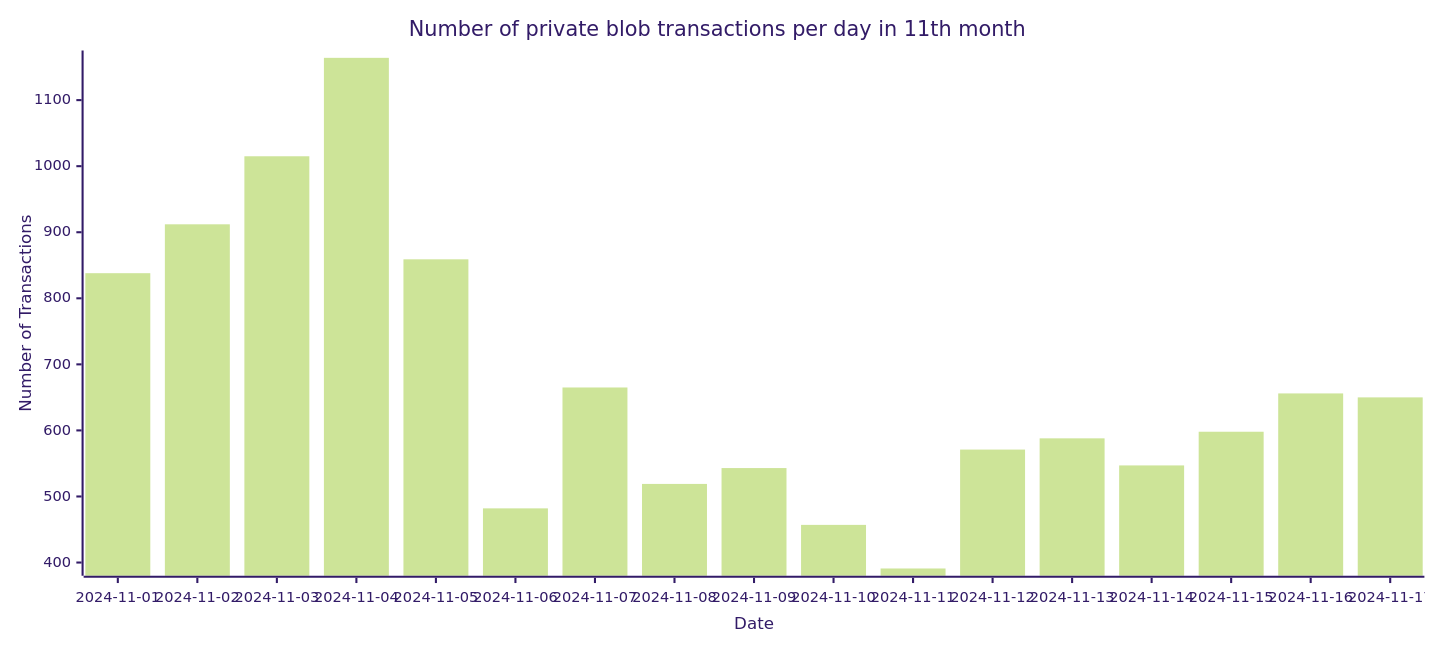
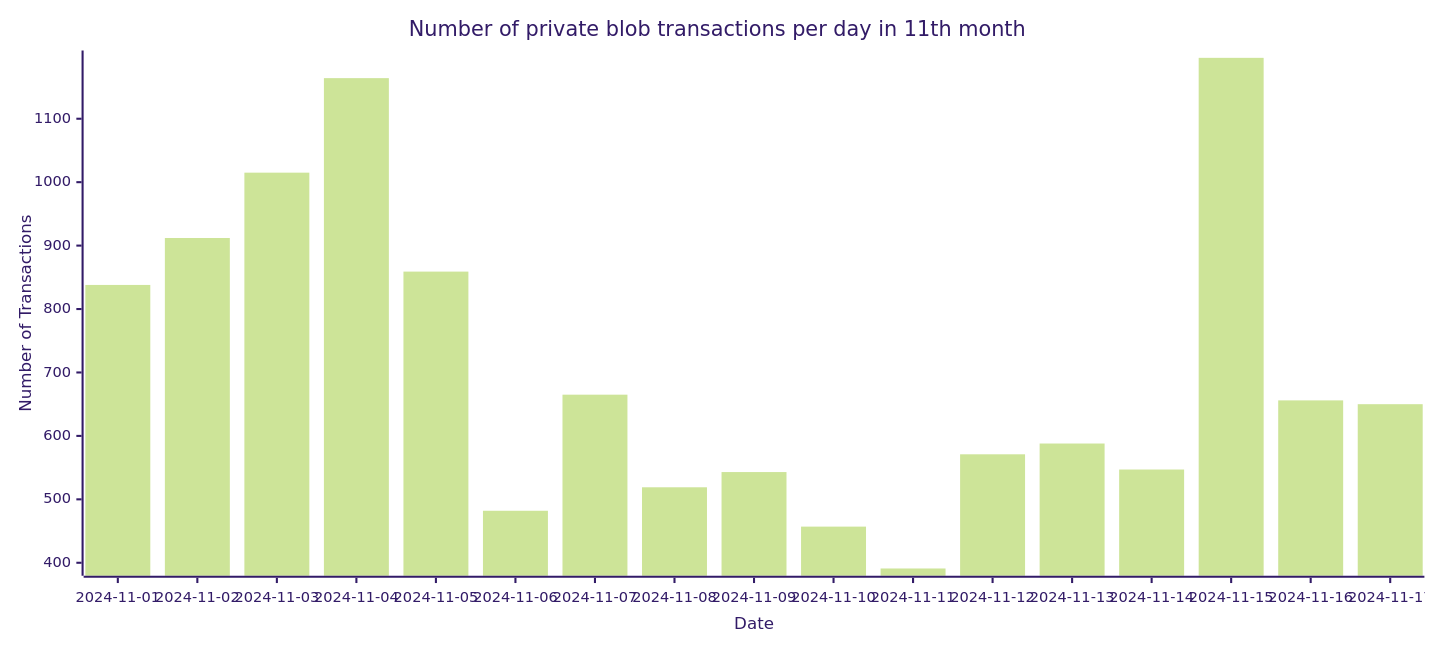
The ninth of 9 diagrams in README.md (Amit0617/eip4844-data), drawn with Mermaid (forest theme) before and after one commit. The commit also changed 1 other file, not shown here.

````diff
--- a/README.md
+++ b/README.md
@@ -105,12 +105,12 @@
 ```mermaid
 ---
 config:
     xyChart:
         width: 1360
         height: 600
 ---
 xychart-beta title "Number of private blob transactions per day in 11th month"
 x-axis "Date" [2024-11-01,2024-11-02,2024-11-03,2024-11-04,2024-11-05,2024-11-06,2024-11-07,2024-11-08,2024-11-09,2024-11-10,2024-11-11,2024-11-12,2024-11-13,2024-11-14,2024-11-15,2024-11-16,2024-11-17]
 y-axis "Number of Transactions"
-bar[838,912,1015,1164,859,482,665,519,543,457,391,571,588,547,598,656,650]
+bar[838,912,1015,1164,859,482,665,519,543,457,391,571,588,547,1196,656,650]
 ```
````
